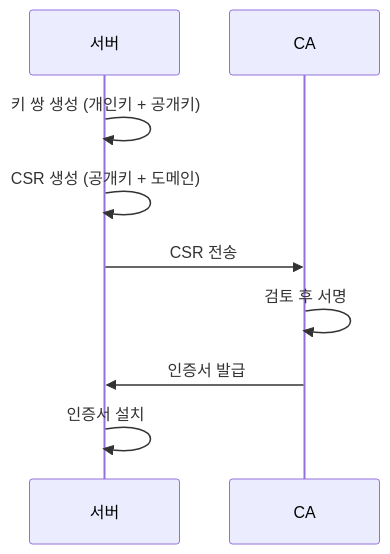
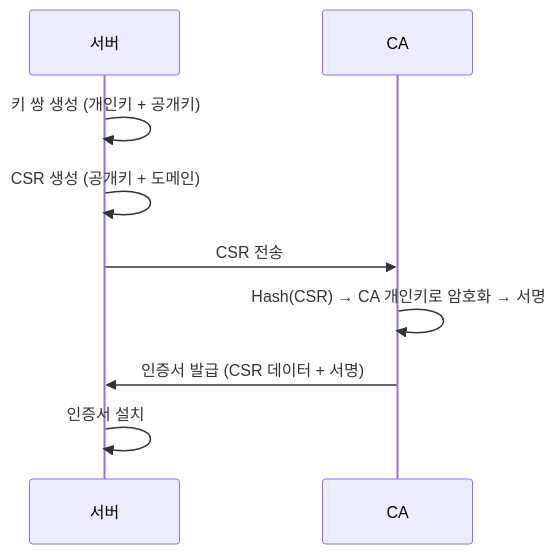
One commit to Hansanghyun-github/TIL changed the diagram in ai_generated/tls-certificate-chain.md. Above: the diagram before and after it, drawn with Mermaid.

Commit message:
Add signing detail in certificate generation

````diff
--- a/ai_generated/tls-certificate-chain.md
+++ b/ai_generated/tls-certificate-chain.md
@@ -5,12 +5,12 @@
 ```mermaid
 sequenceDiagram
     participant S as 서버
     participant CA as CA
 
     S->>S: 키 쌍 생성 (개인키 + 공개키)
     S->>S: CSR 생성 (공개키 + 도메인)
     S->>CA: CSR 전송
-    CA->>CA: 검토 후 서명
-    CA->>S: 인증서 발급
+    CA->>CA: Hash(CSR) → CA 개인키로 암호화 → 서명
+    CA->>S: 인증서 발급 (CSR 데이터 + 서명)
     S->>S: 인증서 설치
 ```
````
